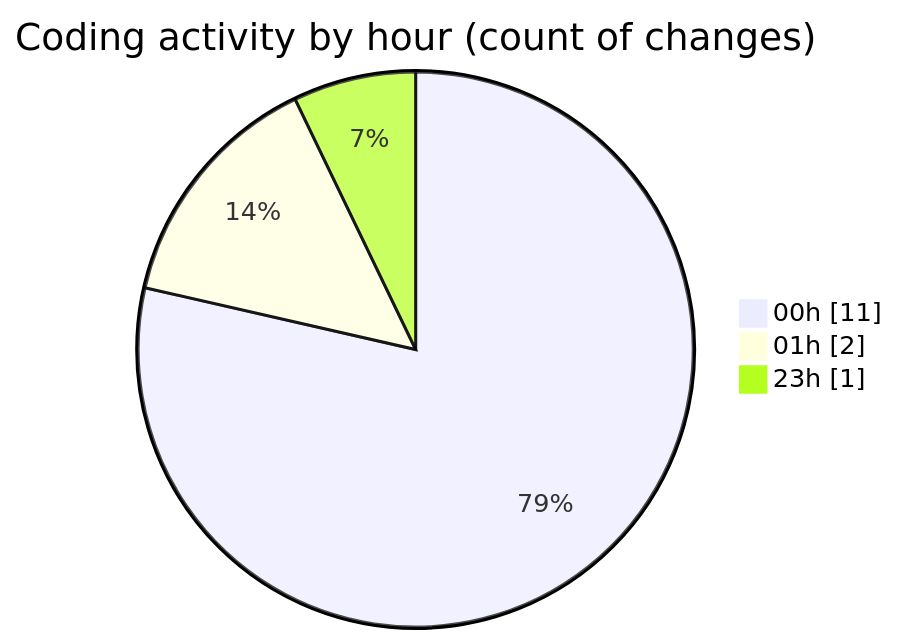
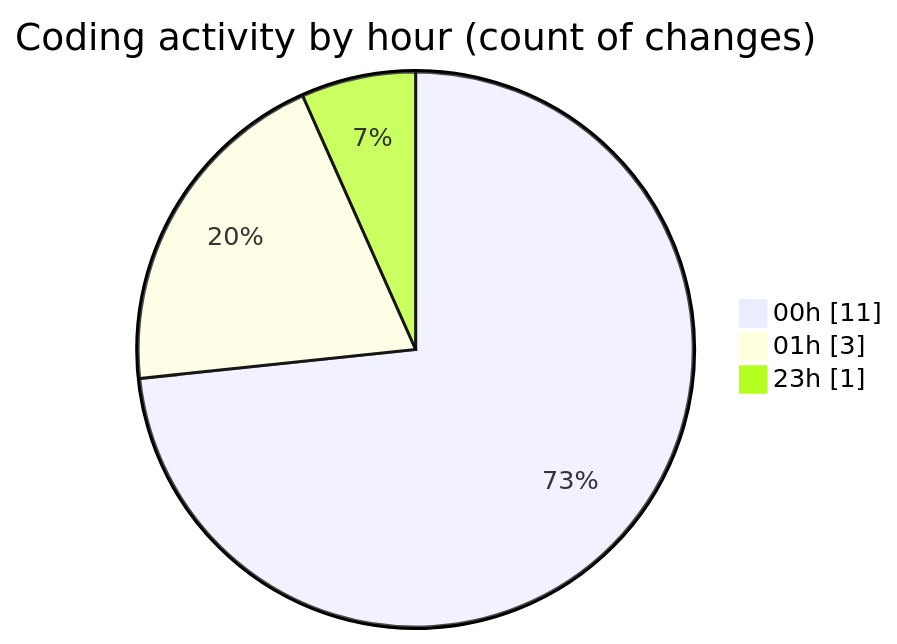
Before and after one commit to julien-gomy/code-tracking: the second of 2 diagrams in 2025-10-17/eventscop-frontend-guide__workspace_/README.md, drawn with Mermaid. The commit also changed other lines of this file and 1 other file, not shown here.

````diff
--- a/2025-10-17/eventscop-frontend-guide__workspace_/README.md
+++ b/2025-10-17/eventscop-frontend-guide__workspace_/README.md
@@ -32,7 +32,7 @@
 ```mermaid
 pie showData
 title Coding activity by hour (count of changes)
 "00h" : 11
-"01h" : 2
+"01h" : 3
 "23h" : 1
 ```
````
